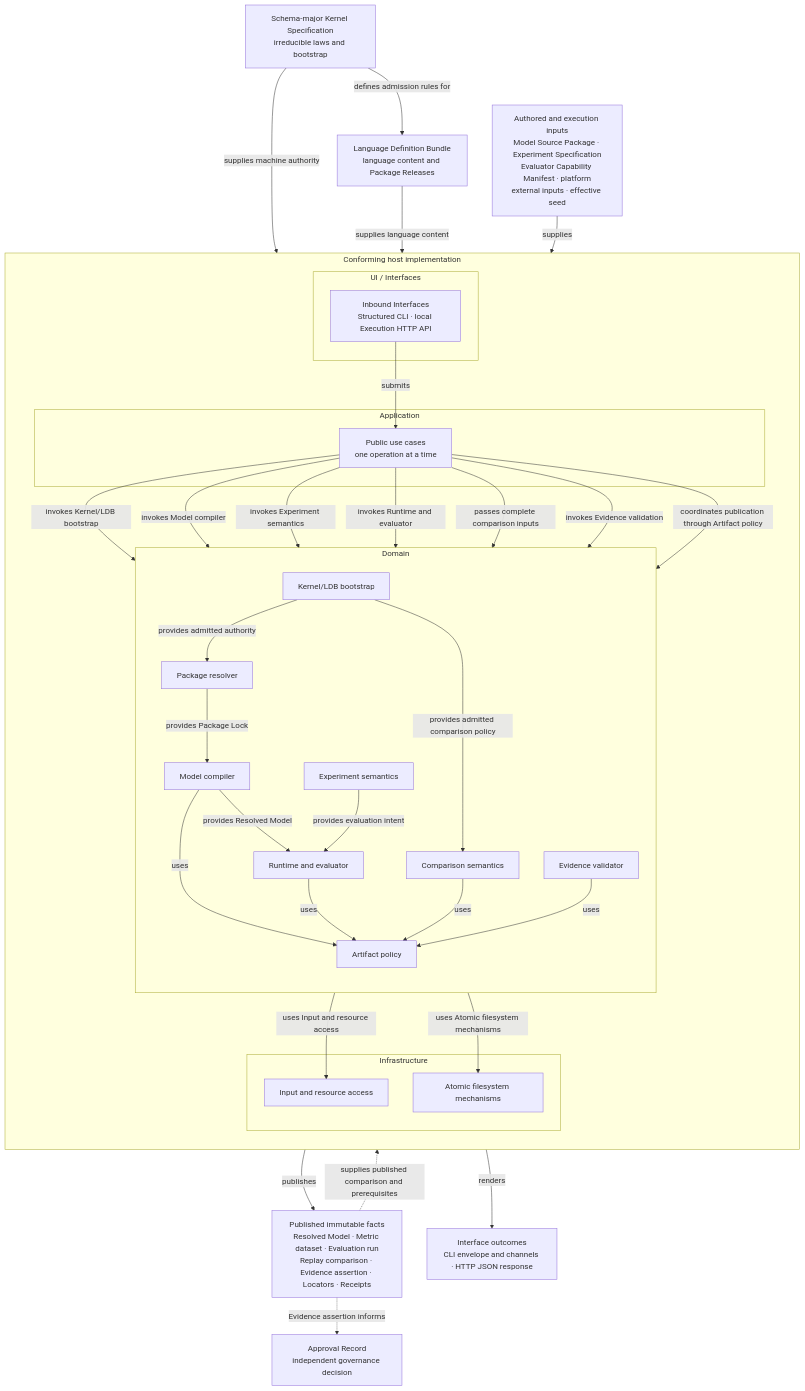
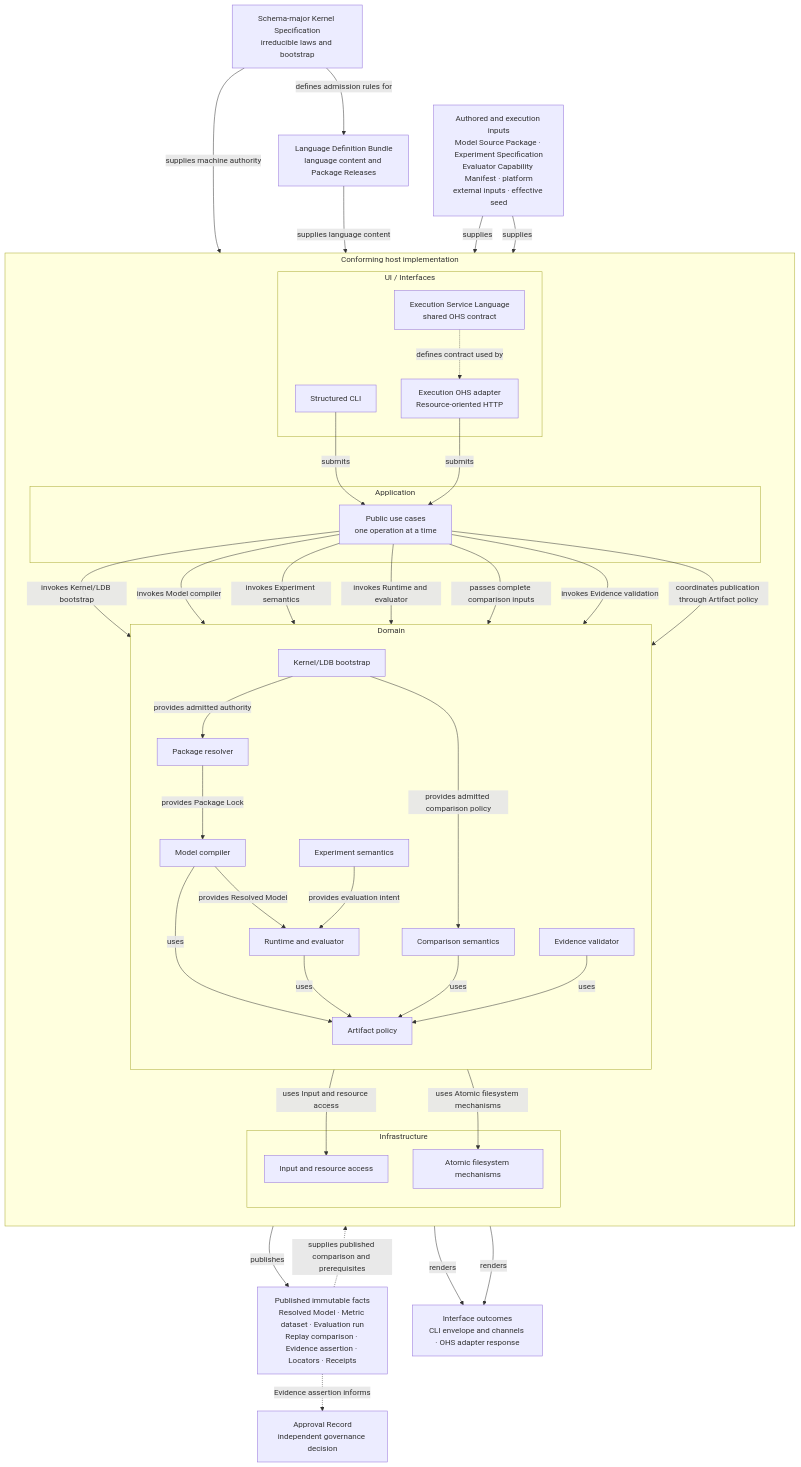
One commit to aigengame/godot-agent changed the first of 4 diagrams in libs/gda-balancing/docs/ARCHITECTURE.md. Above: the diagram before and after it, drawn with Mermaid. The commit also changed other lines of this file and 11 other files, not shown here.

Commit message:
feat(balancing): publish execution open host service (#790)

````diff
--- a/libs/gda-balancing/docs/ARCHITECTURE.md
+++ b/libs/gda-balancing/docs/ARCHITECTURE.md
@@ -152,66 +152,73 @@
 ```mermaid
 flowchart TB
     K["Schema-major Kernel Specification<br/>irreducible laws and bootstrap"]
     L["Language Definition Bundle<br/>language content and Package Releases"]
     H["Authored and execution inputs<br/>Model Source Package · Experiment Specification<br/>Evaluator Capability Manifest · platform<br/>external inputs · effective seed"]
 
     K -->|"defines admission rules for"| L
 
     subgraph HOST["Conforming host implementation"]
         direction TB
         subgraph UI["UI / Interfaces"]
-            U["Inbound Interfaces<br/>Structured CLI · local Execution HTTP API"]
+            U["Structured CLI"]
+            T["Execution OHS adapter<br/>Resource-oriented HTTP"]
+            E["Execution Service Language<br/>shared OHS contract"]
+
+            E -. "defines contract used by" .-> T
         end
         subgraph APP["Application"]
             A["Public use cases<br/>one operation at a time"]
         end
         subgraph DOM["Domain"]
             direction TB
             B["Kernel/LDB bootstrap"]
             P["Package resolver"]
             C["Model compiler"]
             X["Experiment semantics"]
             R["Runtime and evaluator"]
             M["Comparison semantics"]
             V["Evidence validator"]
             Q["Artifact policy"]
 
             B -->|"provides admitted authority"| P
             B -->|"provides admitted comparison policy"| M
             P -->|"provides Package Lock"| C
             C -->|"provides Resolved Model"| R
             X -->|"provides evaluation intent"| R
             C -->|uses| Q
             R -->|uses| Q
             M -->|uses| Q
             V -->|uses| Q
         end
         subgraph INF["Infrastructure"]
             I["Input and resource access"]
             F["Atomic filesystem mechanisms"]
         end
 
         U -->|submits| A
+        T -->|submits| A
         A -->|"invokes Kernel/LDB bootstrap"| B
         A -->|"invokes Model compiler"| C
         A -->|"invokes Experiment semantics"| X
         A -->|"invokes Runtime and evaluator"| R
         A -->|"passes complete comparison inputs"| M
         A -->|"invokes Evidence validation"| V
         A -->|"coordinates publication through Artifact policy"| Q
         B -->|"uses Input and resource access"| I
         Q -->|"uses Atomic filesystem mechanisms"| F
     end
 
     O["Published immutable facts<br/>Resolved Model · Metric dataset · Evaluation run<br/>Replay comparison · Evidence assertion · Locators · Receipts"]
-    S["Interface outcomes<br/>CLI envelope and channels · HTTP JSON response"]
+    S["Interface outcomes<br/>CLI envelope and channels · OHS adapter response"]
     G["Approval Record<br/>independent governance decision"]
 
     K -->|"supplies machine authority"| B
     L -->|"supplies language content"| B
     H -->|supplies| U
+    H -->|supplies| T
     Q -->|publishes| O
     O -. "supplies published comparison and prerequisites" .-> V
     U -->|renders| S
+    T -->|renders| S
     O -. "Evidence assertion informs" .-> G
 ```
````
